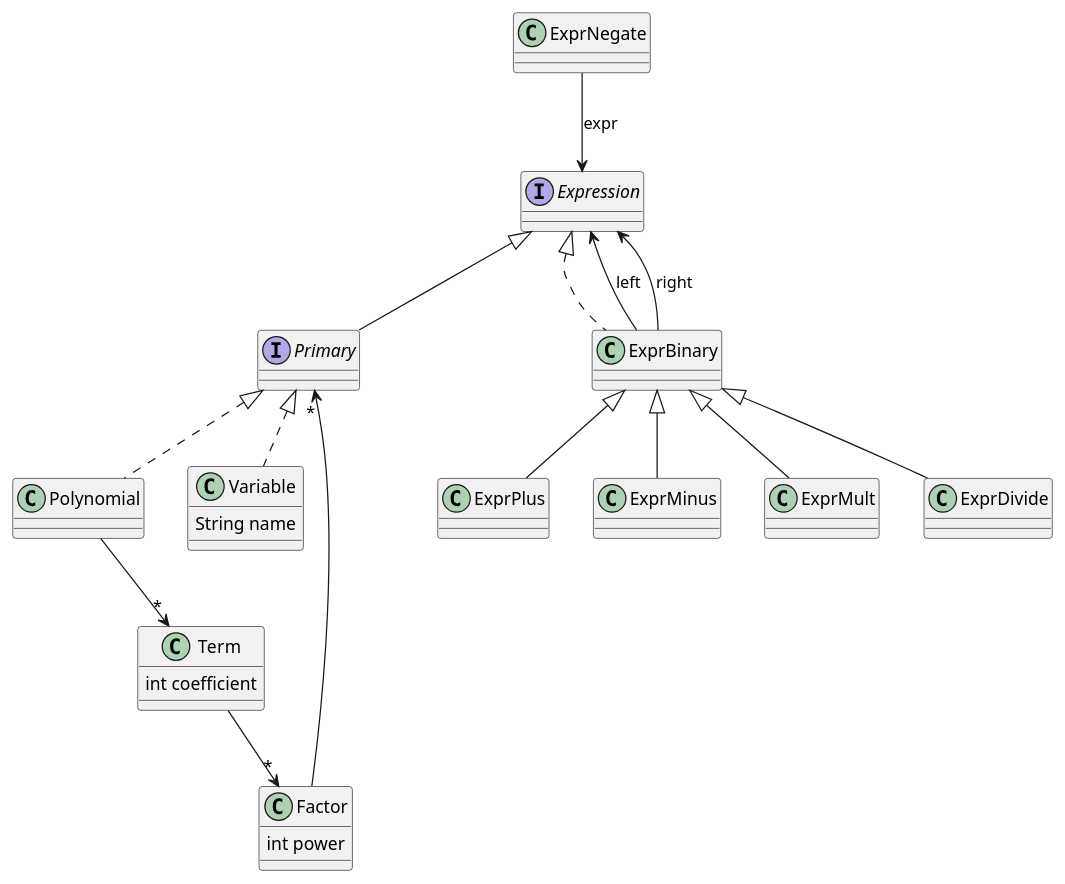
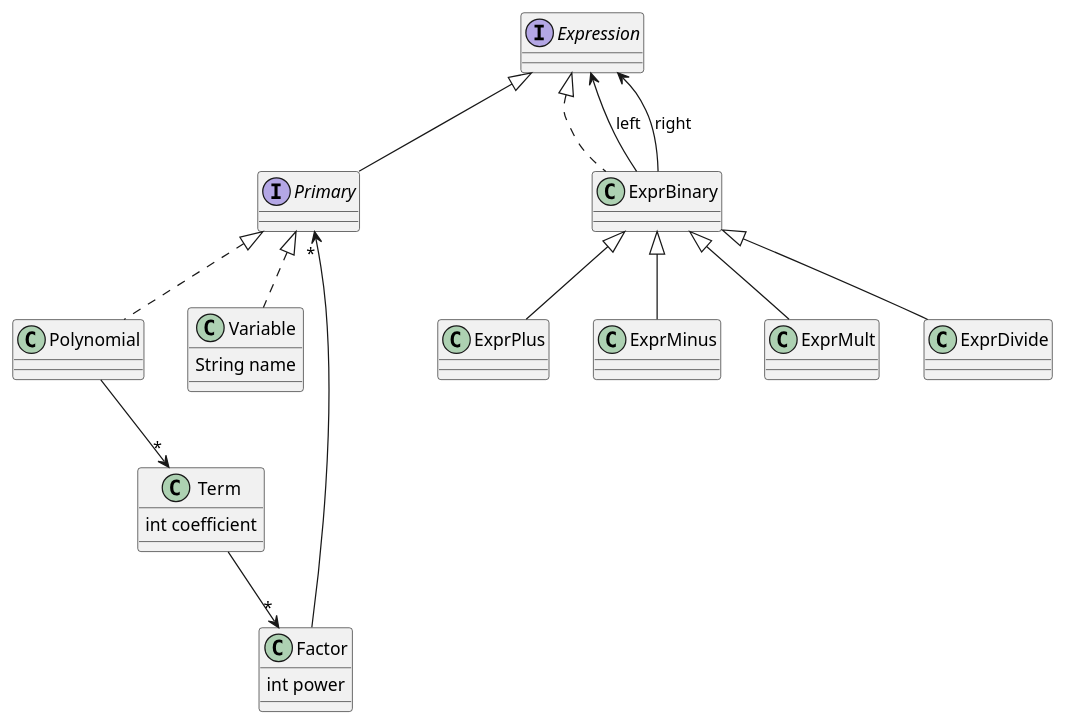
One commit to saka1029/form changed the diagram in doc/classes.plantuml. Above: the diagram before and after it, drawn with PlantUML.

```diff
--- a/doc/classes.plantuml
+++ b/doc/classes.plantuml
@@ -1,34 +1,32 @@
 @startuml form
 interface Expression
 class ExprBinary
-class ExprNegate
 class ExprPlus
 class ExprMinus
 class ExprMult
 class ExprDivide
 interface Primary
 class Polynomial
 class Term {
     int coefficient
 }
 class Factor {
     int power
 }
 class Variable {
     String name
 }
 ExprBinary .up.|> Expression
 ExprPlus -up-|> ExprBinary
 ExprMinus -up-|> ExprBinary
 ExprMult -up-|> ExprBinary
 ExprDivide -up-|> ExprBinary
 Primary -up-|> Expression
 Polynomial .up.|> Primary
 Variable .up.|> Primary
-ExprNegate --> Expression : expr
 ExprBinary --> Expression : left
 ExprBinary --> Expression : right
 Polynomial --> "*" Term
 Term --> "*" Factor
 Factor -->  "*"Primary
 @enduml
```
